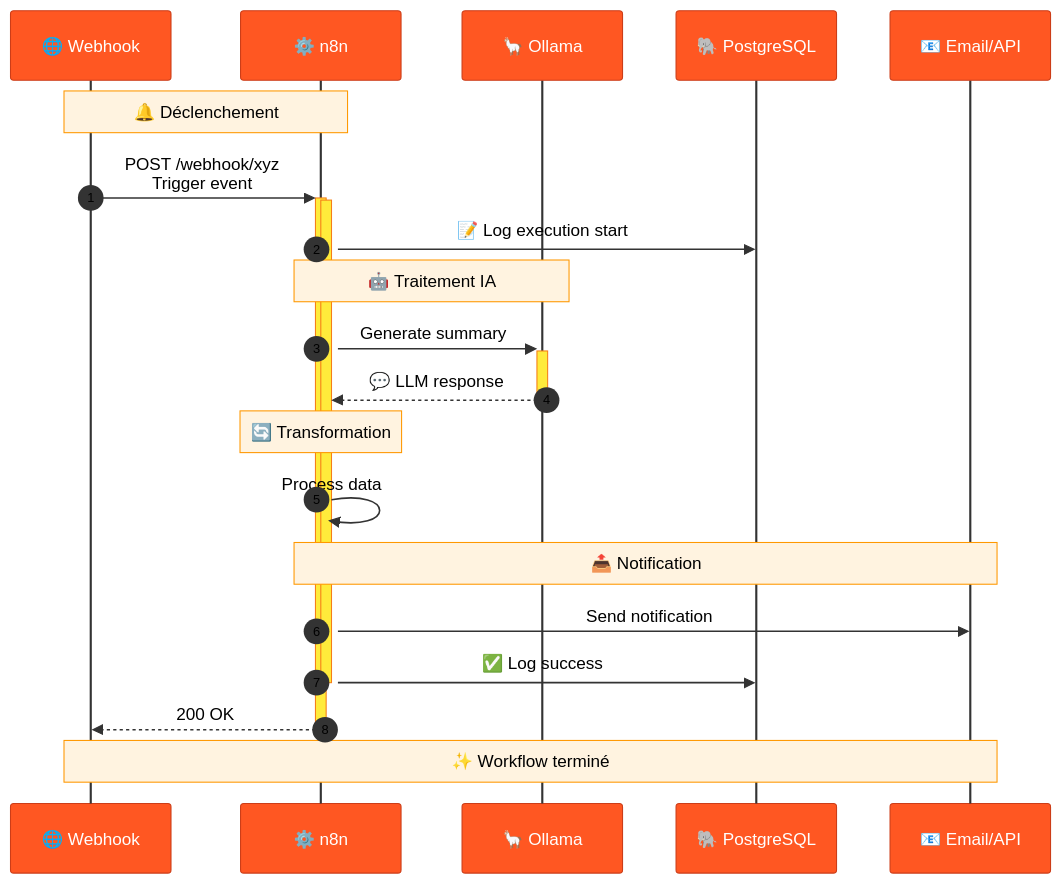
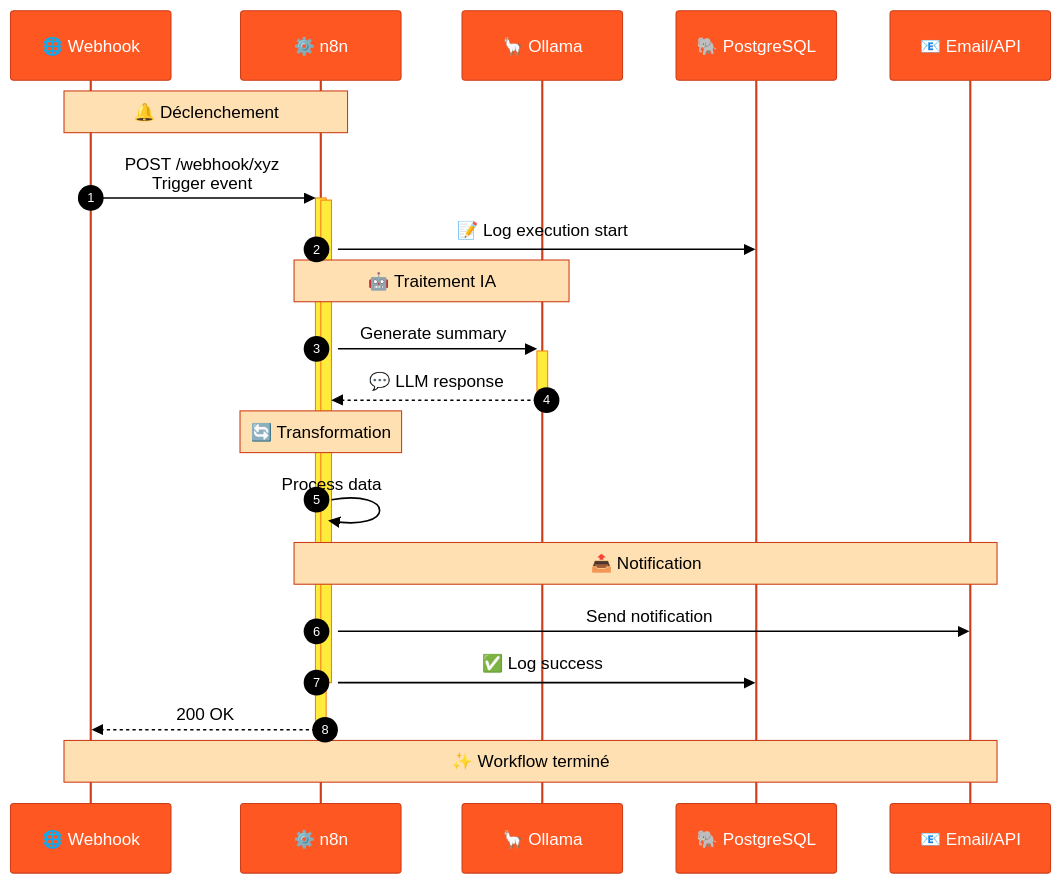
Before and after one commit to MPFabio/Stack-IA: the ninth of 14 diagrams in docs/ARCHITECTURE.md, drawn with Mermaid. The commit also changed other lines of this file, not shown here.

````diff
--- a/docs/ARCHITECTURE.md
+++ b/docs/ARCHITECTURE.md
@@ -539,33 +539,33 @@
 ```mermaid
-%%{init: {'theme':'base', 'themeVariables': {'background':'#ffffff','mainBkg':'#ffffff','actorBkg':'#FF5722','actorBorder':'#cc3d18','actorTextColor':'#fff','actorLineColor':'#333','noteBkgColor':'#fff3e0','noteTextColor':'#000','noteBorderColor':'#ff9800','signalColor':'#333','signalTextColor':'#000','labelBoxBkgColor':'#e3f2fd','labelTextColor':'#000','loopTextColor':'#000','activationBkgColor':'#ffeb3b','activationBorderColor':'#f57f17','sequenceNumberColor':'#000'}}}%%
+%%{init: {'theme':'base', 'themeVariables': {'background':'#fff3e0','mainBkg':'#fff3e0','actorBkg':'#FF5722','actorBorder':'#cc3d18','actorTextColor':'#fff','actorLineColor':'#cc3d18','noteBkgColor':'#ffe0b2','noteTextColor':'#000','noteBorderColor':'#cc3d18','signalColor':'#000','signalTextColor':'#000','labelBoxBkgColor':'#ffe0b2','labelTextColor':'#000','loopTextColor':'#000','activationBkgColor':'#ffeb3b','activationBorderColor':'#f57f17','sequenceNumberColor':'#fff'}}}%%
 sequenceDiagram
     autonumber
     participant W as 🌐 Webhook
     participant N as ⚙️ n8n
     participant O as 🦙 Ollama
     participant P as 🐘 PostgreSQL
     participant E as 📧 Email/API
     
     Note over W,N: 🔔 Déclenchement
     W->>+N: POST /webhook/xyz<br/>Trigger event
     
     activate N
     N->>P: 📝 Log execution start
     
     Note over N,O: 🤖 Traitement IA
     N->>+O: Generate summary
     O-->>-N: 💬 LLM response
     
     Note over N: 🔄 Transformation
     N->>N: Process data
     
     Note over N,E: 📤 Notification
     N->>E: Send notification
     
     N->>P: ✅ Log success
     deactivate N
     
     N-->>-W: 200 OK
     
     Note over W,E: ✨ Workflow terminé
 ```
````
